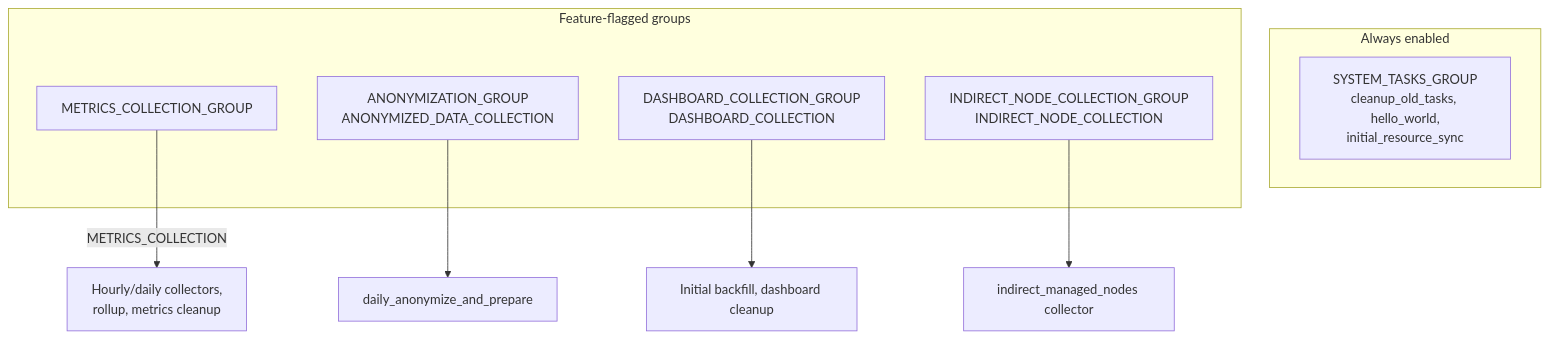
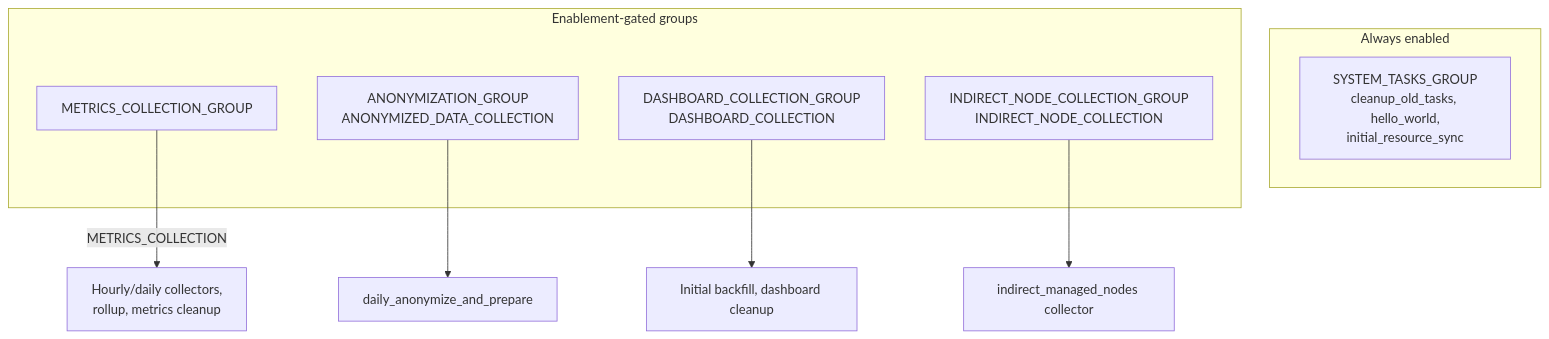
Before and after one commit to ansible/metrics-service: the third of 3 diagrams in docs/task-system.md, drawn with Mermaid. The commit also changed other lines of this file and 6 other files, not shown here.

First line of the commit message:
Rename task-group toggles to feature enablement settings in docs.

````diff
--- a/docs/task-system.md
+++ b/docs/task-system.md
@@ -100,18 +104,18 @@
 ```mermaid
 flowchart TB
     subgraph always [Always enabled]
         SYS["SYSTEM_TASKS_GROUP\ncleanup_old_tasks, hello_world,\ninitial_resource_sync"]
     end
 
-    subgraph flags [Feature-flagged groups]
+    subgraph enablement [Enablement-gated groups]
         MC["METRICS_COLLECTION_GROUP"]
         ANON["ANONYMIZATION_GROUP\nANONYMIZED_DATA_COLLECTION"]
         DASH["DASHBOARD_COLLECTION_GROUP\nDASHBOARD_COLLECTION"]
         IND["INDIRECT_NODE_COLLECTION_GROUP\nINDIRECT_NODE_COLLECTION"]
     end
 
     MC -->|"METRICS_COLLECTION"| MCtasks["Hourly/daily collectors,\nrollup, metrics cleanup"]
     ANON --> ANONtasks["daily_anonymize_and_prepare"]
     DASH --> DASHTasks["Initial backfill, dashboard cleanup"]
     IND --> INDtasks["indirect_managed_nodes collector"]
 ```
````
